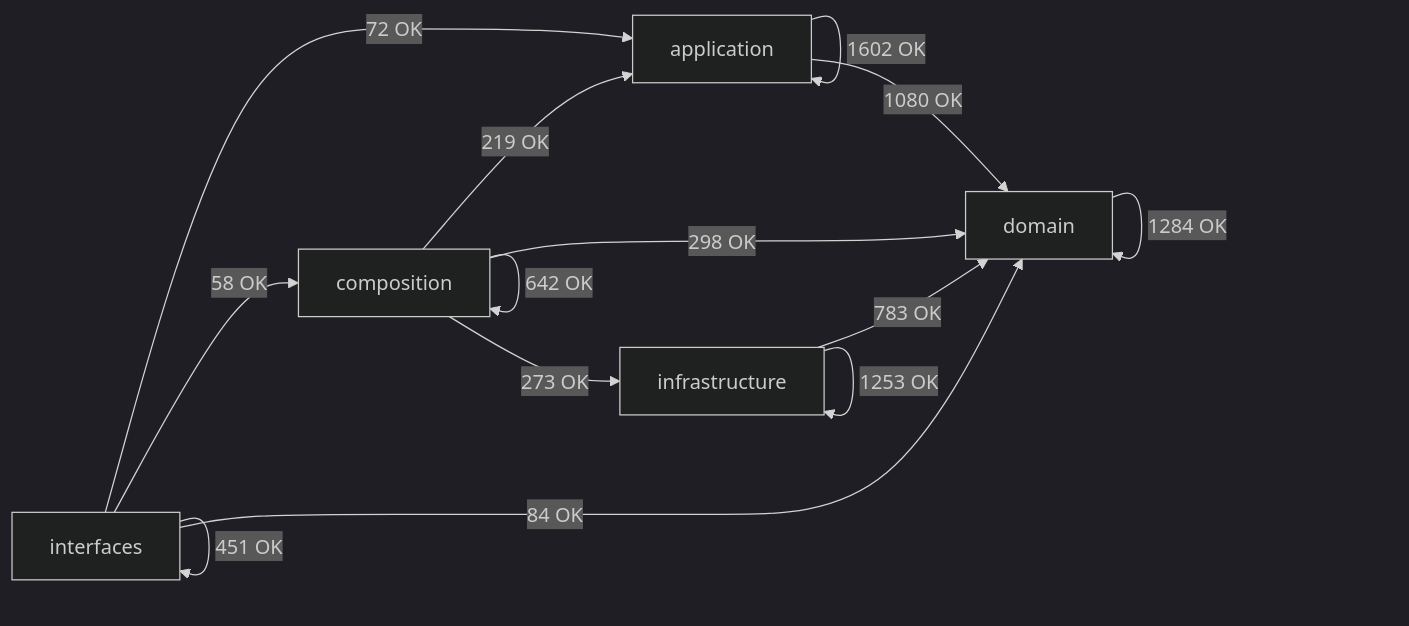
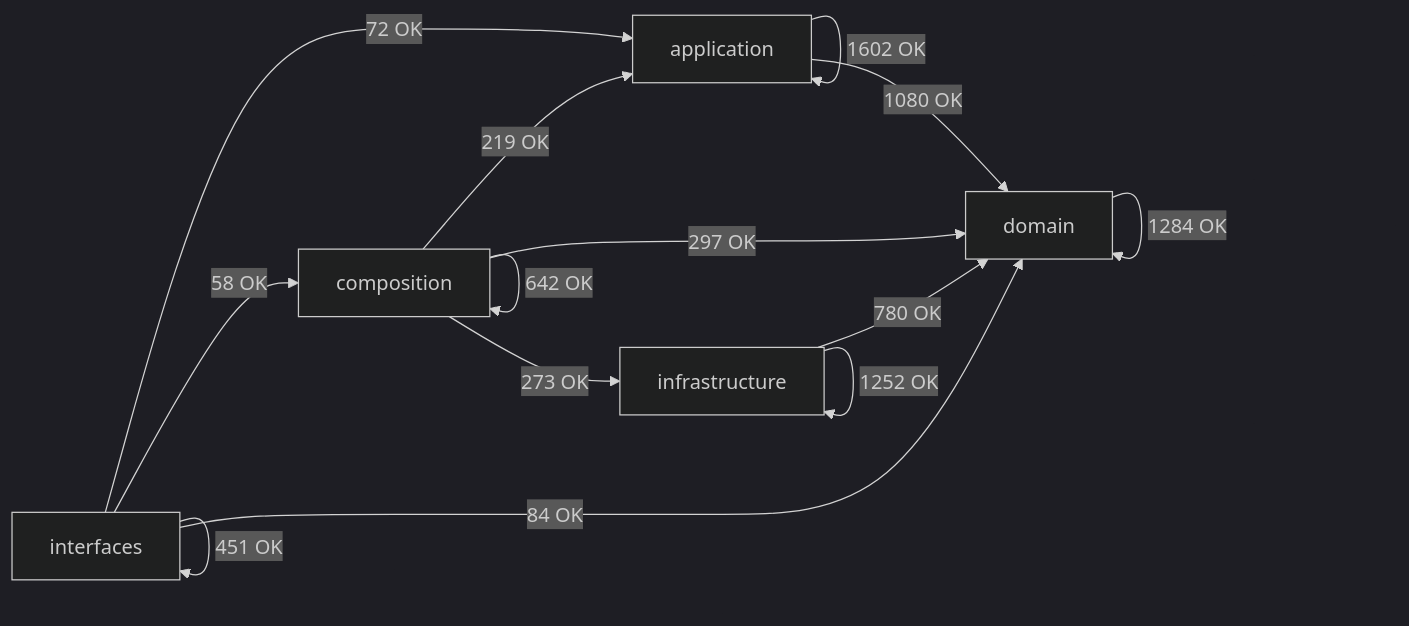
One commit to SatoryKono/BioactivityDataAcquisition changed the diagram in docs/02-architecture/generated/module-dependency-map.md. Above: the diagram before and after it, drawn with Mermaid (dark theme). The commit also changed other lines of this file and 35 other files, not shown here.

Commit message:
repair integrated architecture and preserve workflow factory ownership

````diff
--- a/docs/02-architecture/generated/module-dependency-map.md
+++ b/docs/02-architecture/generated/module-dependency-map.md
@@ -17,21 +17,21 @@
 ```mermaid
 flowchart LR
     domain[domain]
     application[application]
     infrastructure[infrastructure]
     composition[composition]
     interfaces[interfaces]
     application -->|1602 OK| application
     application -->|1080 OK| domain
     composition -->|219 OK| application
     composition -->|642 OK| composition
-    composition -->|298 OK| domain
+    composition -->|297 OK| domain
     composition -->|273 OK| infrastructure
     domain -->|1284 OK| domain
-    infrastructure -->|783 OK| domain
-    infrastructure -->|1253 OK| infrastructure
+    infrastructure -->|780 OK| domain
+    infrastructure -->|1252 OK| infrastructure
     interfaces -->|72 OK| application
     interfaces -->|58 OK| composition
     interfaces -->|84 OK| domain
     interfaces -->|451 OK| interfaces
 ```
````
